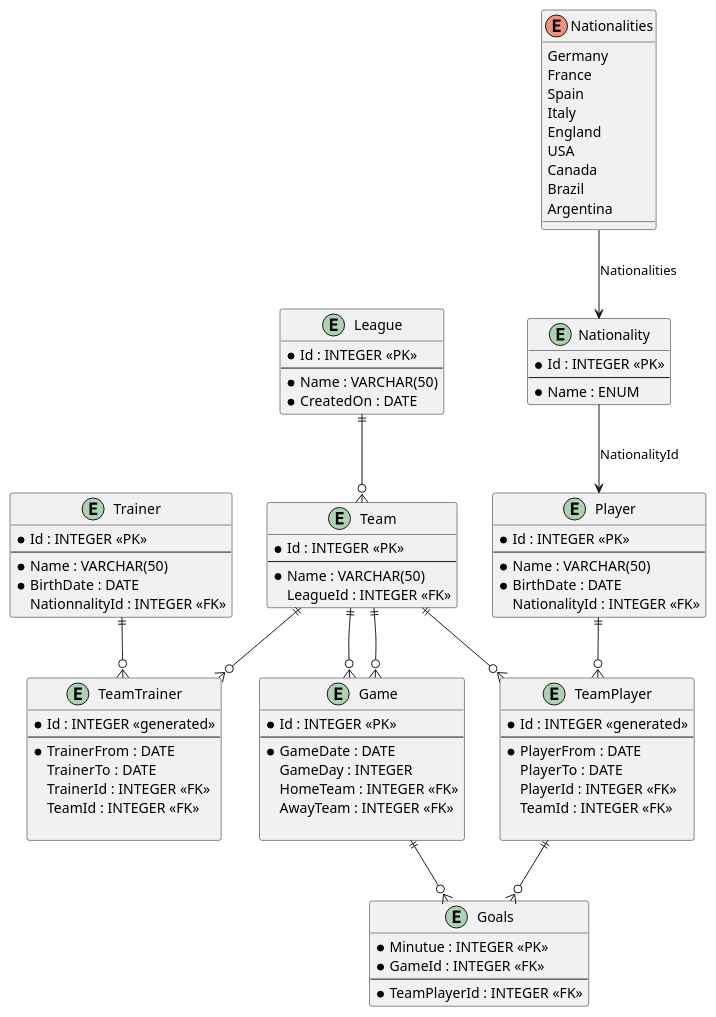
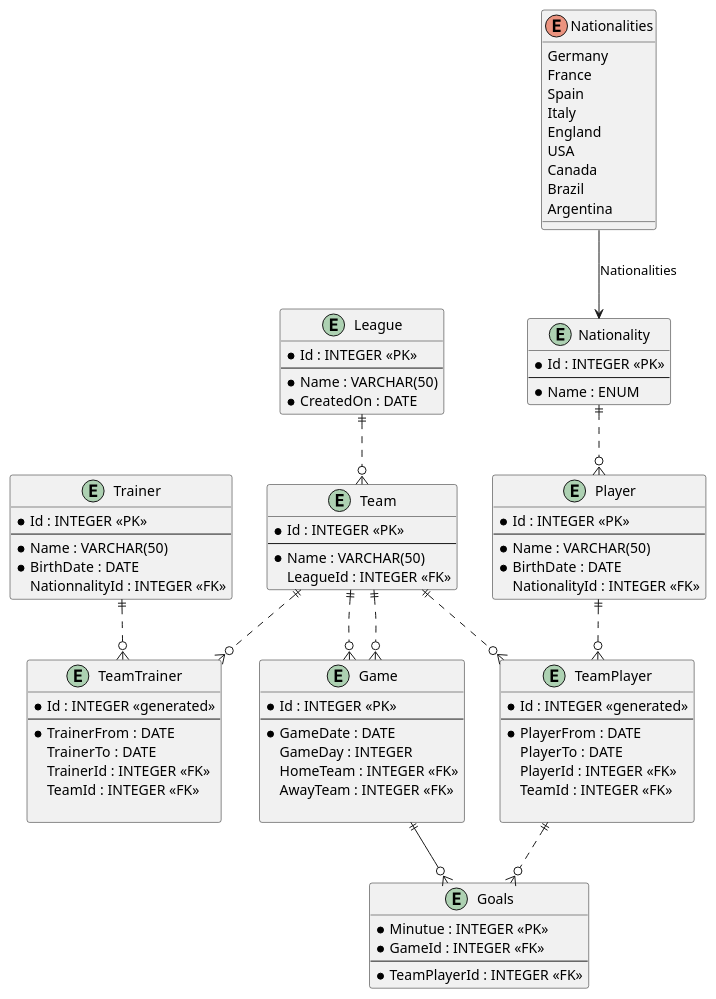
The diagram in er_logical.puml (BojanTRB/nationsLeague), drawn with PlantUML before and after one commit.

Commit message:
Logical done

```diff
--- a/er_logical.puml
+++ b/er_logical.puml
@@ -1,102 +1,101 @@
 @startuml soccerleague
 
 entity League{
     * Id : INTEGER <<PK>>
     ---
     * Name : VARCHAR(50)
     * CreatedOn : DATE
 }
 
 entity Team{
     * Id : INTEGER <<PK>>
     --
     * Name : VARCHAR(50)
     LeagueId : INTEGER <<FK>>
 }
 
 entity Player{
     * Id : INTEGER <<PK>>
     --
     * Name : VARCHAR(50)
     * BirthDate : DATE
     NationalityId : INTEGER <<FK>>
 }
 
 entity TeamTrainer{
     * Id : INTEGER <<generated>>
     ---
     * TrainerFrom : DATE
     TrainerTo : DATE
     TrainerId : INTEGER <<FK>>
     TeamId : INTEGER <<FK>>
     
 }
 
 entity Goals{
     * Minutue : INTEGER <<PK>>
     * GameId : INTEGER <<FK>>
     --
     * TeamPlayerId : INTEGER <<FK>>
 }
 
 entity TeamPlayer{
     * Id : INTEGER <<generated>>
     ---
     * PlayerFrom : DATE
     PlayerTo : DATE
     PlayerId : INTEGER <<FK>>
     TeamId : INTEGER <<FK>>
     
 }
 
 entity Trainer{
     * Id : INTEGER <<PK>> 
     --
     * Name : VARCHAR(50)
     * BirthDate : DATE
     NationnalityId : INTEGER <<FK>>
 }
 
 entity Game {
     * Id : INTEGER <<PK>> 
     --
     * GameDate : DATE
     GameDay : INTEGER
     HomeTeam : INTEGER <<FK>> 
     AwayTeam : INTEGER <<FK>>
     
 }
 
 entity Nationality {
     * Id : INTEGER <<PK>>
     --
     * Name : ENUM
 }
 
-Nationality --> Player: NationalityId
 
 enum Nationalities {
   Germany
   France
   Spain
   Italy
   England
   USA
   Canada
   Brazil
   Argentina
 }
 
 Nationalities --> Nationality: Nationalities
 
-League ||--o{ Team
-Team ||--o{ TeamTrainer
-Team ||--o{ TeamPlayer
-Team ||--o{ Game
-Team ||--o{ Game
-Player ||--o{ TeamPlayer
-Trainer ||--o{ TeamTrainer
+League ||..o{ Team
+Team ||..o{ TeamTrainer
+Team ||..o{ TeamPlayer
+Team ||..o{ Game
+Team ||..o{ Game
+Player ||..o{ TeamPlayer
+Trainer ||..o{ TeamTrainer
 Game ||--o{ Goals
-TeamPlayer ||--o{ Goals
-
+TeamPlayer ||..o{ Goals
+Nationality ||..o{ Player
 @enduml
```
